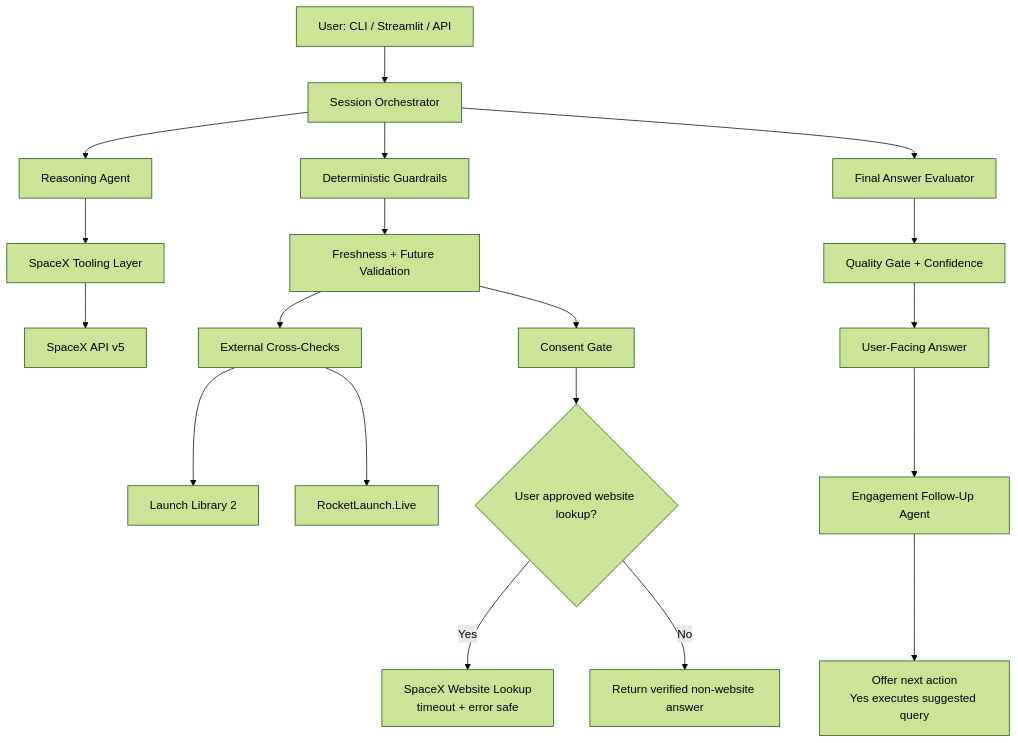
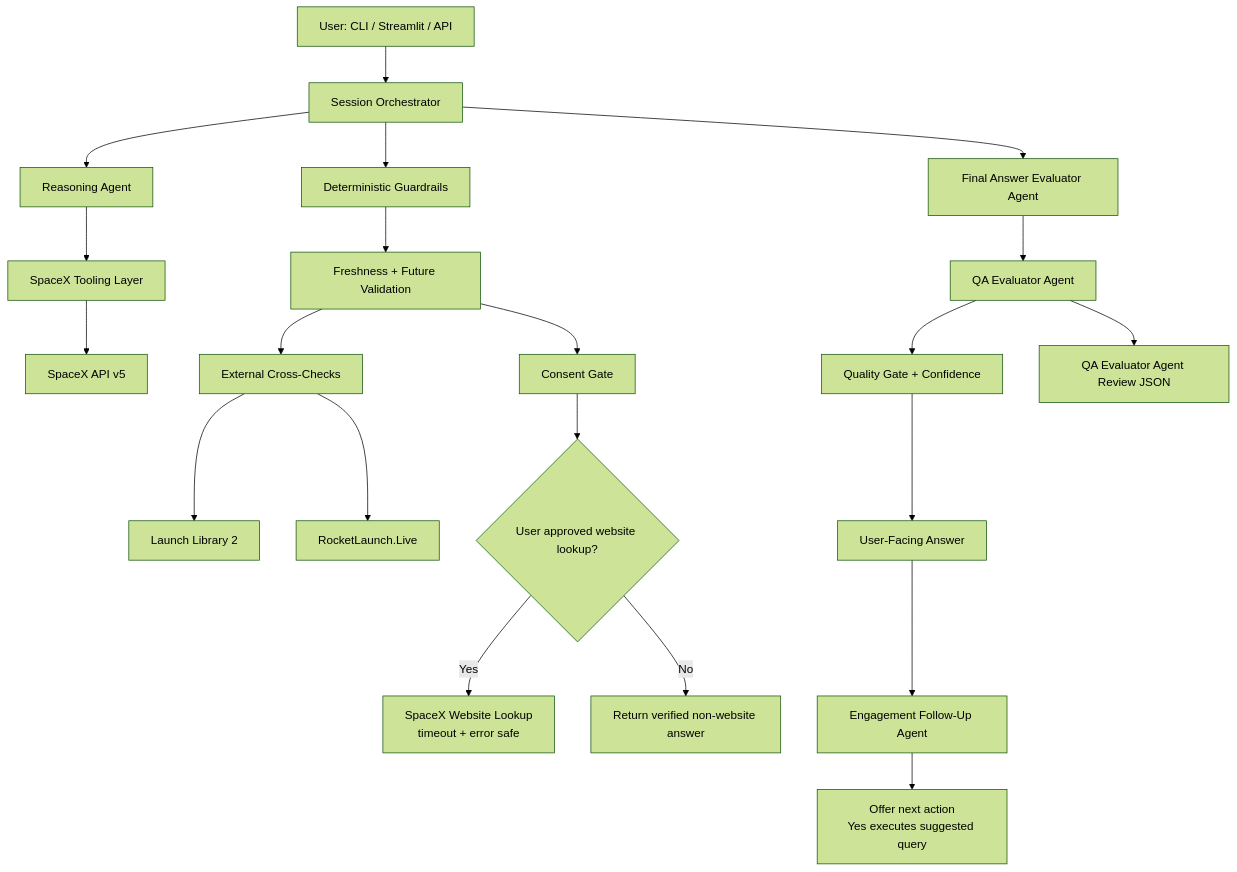
The diagram in README.md (jamesmarshalyoungUT/spacex), drawn with Mermaid (forest theme) before and after one commit. The commit also changed 1 other file, not shown here.

Commit message:
update radme

````diff
--- a/README.md
+++ b/README.md
@@ -31,25 +31,27 @@
 ```mermaid
 flowchart TD
   A[User: CLI / Streamlit / API] --> B[Session Orchestrator]
   B --> C[Reasoning Agent]
   C --> D[SpaceX Tooling Layer]
   D --> E[SpaceX API v5]
 
   B --> F[Deterministic Guardrails]
   F --> G[Freshness + Future Validation]
   G --> H[External Cross-Checks]
   H --> I[Launch Library 2]
   H --> J[RocketLaunch.Live]
 
   G --> K[Consent Gate]
   K --> L{User approved website lookup?}
   L -->|Yes| M[SpaceX Website Lookup<br/>timeout + error safe]
   L -->|No| N[Return verified non-website answer]
 
-  B --> O[Final Answer Evaluator]
-  O --> P[Quality Gate + Confidence]
+  B --> O[Final Answer Evaluator Agent]
+  O --> T[QA Evaluator Agent]
+  T --> P[Quality Gate + Confidence]
+  T --> V[QA Evaluator Agent Review JSON]
   P --> Q[User-Facing Answer]
 
   Q --> R[Engagement Follow-Up Agent]
   R --> S[Offer next action<br/>Yes executes suggested query]
 ```
````
